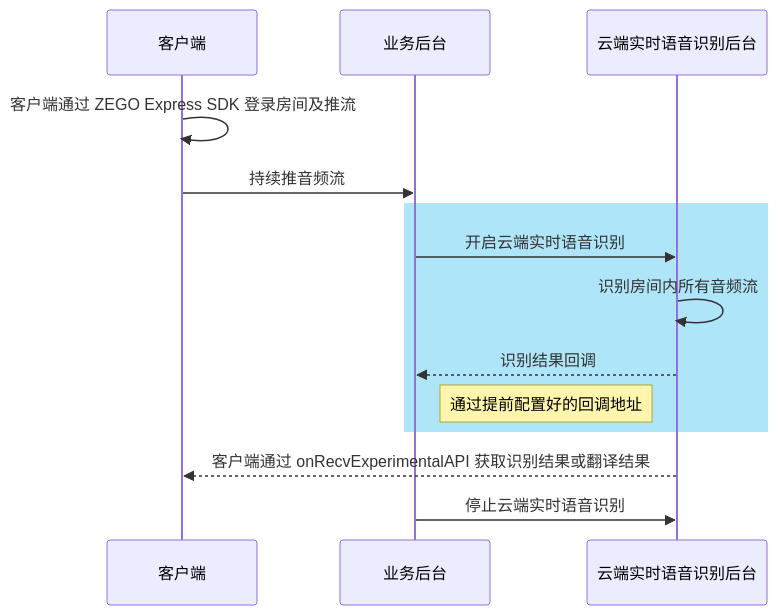
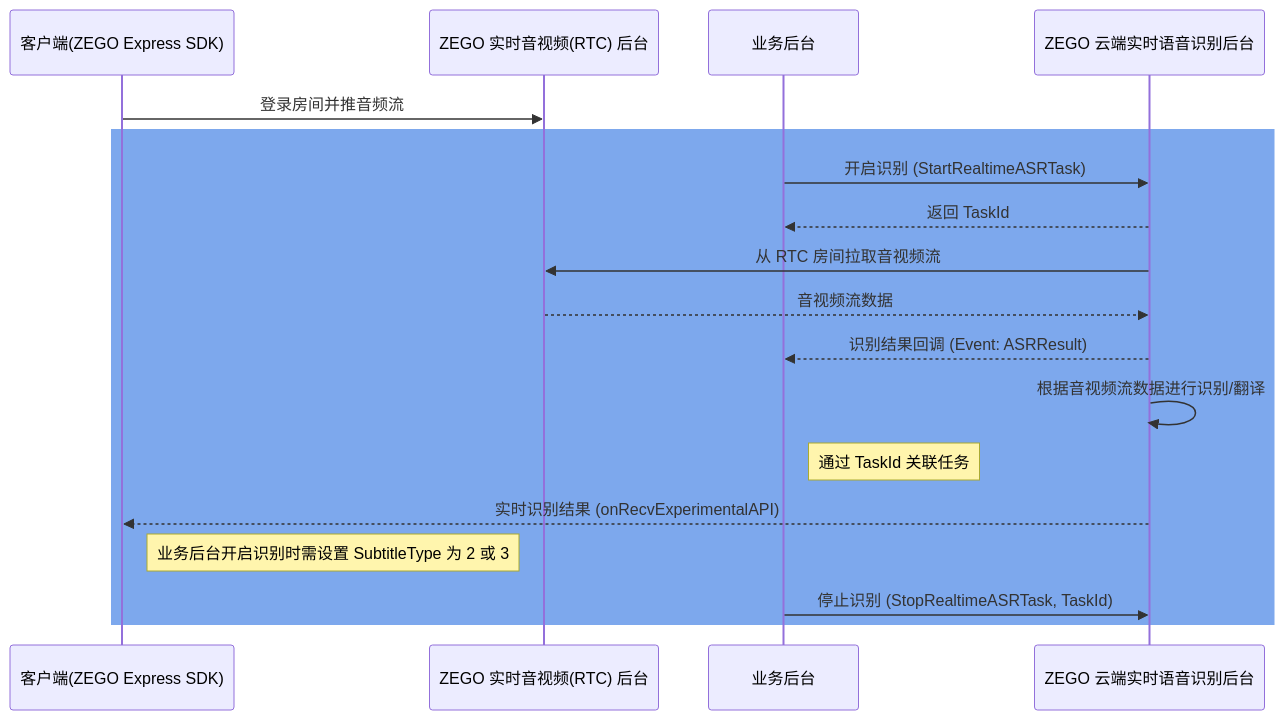
The diagram in extended_services/cloud-realtime-asr/zh/server/quick-start.mdx (ZEGOCLOUD/docs_all), drawn with Mermaid before and after one commit. The commit also changed other lines of this file and 4 other files, not shown here.

````diff
--- a/extended_services/cloud-realtime-asr/zh/server/quick-start.mdx
+++ b/extended_services/cloud-realtime-asr/zh/server/quick-start.mdx
@@ -10,17 +10,21 @@
 ```mermaid
 sequenceDiagram
-    participant Client as 客户端
+    participant Client as 客户端(ZEGO Express SDK)
+    participant RTCServer as ZEGO 实时音视频(RTC) 后台
     participant Server as 业务后台
-    participant ASRServer as 云端实时语音识别后台
+    participant ASRServer as ZEGO 云端实时语音识别后台
 
-    Client->>Client: 客户端通过 ZEGO Express SDK 登录房间及推流
-    Client->>Server: 持续推音频流
-    rect rgb(174, 229, 248)
-        Server->>ASRServer: 开启云端实时语音识别
-        ASRServer->>ASRServer: 识别房间内所有音频流
-        ASRServer-->>Server: 识别结果回调
-        Note right of Server: 通过提前配置好的回调地址
+    Client->>RTCServer: 登录房间并推音频流
+    rect rgb(125, 168, 237)
+        Server->>ASRServer: 开启识别 (StartRealtimeASRTask)
+        ASRServer-->>Server: 返回 TaskId
+        ASRServer->>RTCServer: 从 RTC 房间拉取音视频流
+        RTCServer-->>ASRServer: 音视频流数据
+        ASRServer-->>Server: 识别结果回调 (Event: ASRResult)
+        ASRServer->>ASRServer: 根据音视频流数据进行识别/翻译
+        Note right of Server: 通过 TaskId 关联任务
+        ASRServer-->>Client: 实时识别结果 (onRecvExperimentalAPI)
+        Note right of Client: 业务后台开启识别时需设置 SubtitleType 为 2 或 3
+    Server->>ASRServer: 停止识别 (StopRealtimeASRTask, TaskId)
     end
-        ASRServer-->>Client: 客户端通过 onRecvExperimentalAPI 获取识别结果或翻译结果
-        Server->>ASRServer: 停止云端实时语音识别
 ```
````
